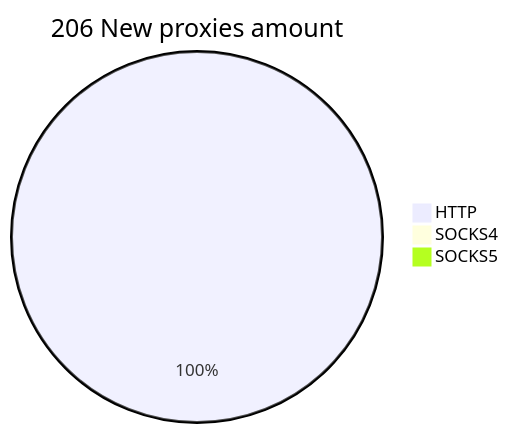
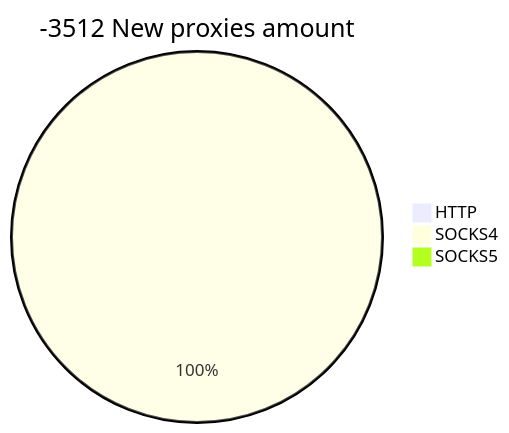
The second of 2 diagrams in README.md (cutipu/proxylist), drawn with Mermaid before and after one commit. The commit also changed other lines of this file, not shown here.

````diff
--- a/README.md
+++ b/README.md
@@ -10,6 +10,6 @@
 ```mermaid
-pie title 206 New proxies amount
-    "HTTP" : 248
-    "SOCKS4" : 0
+pie title -3512 New proxies amount
+    "HTTP" : 0
+    "SOCKS4" : 2
     "SOCKS5" : 0
 ```
````
